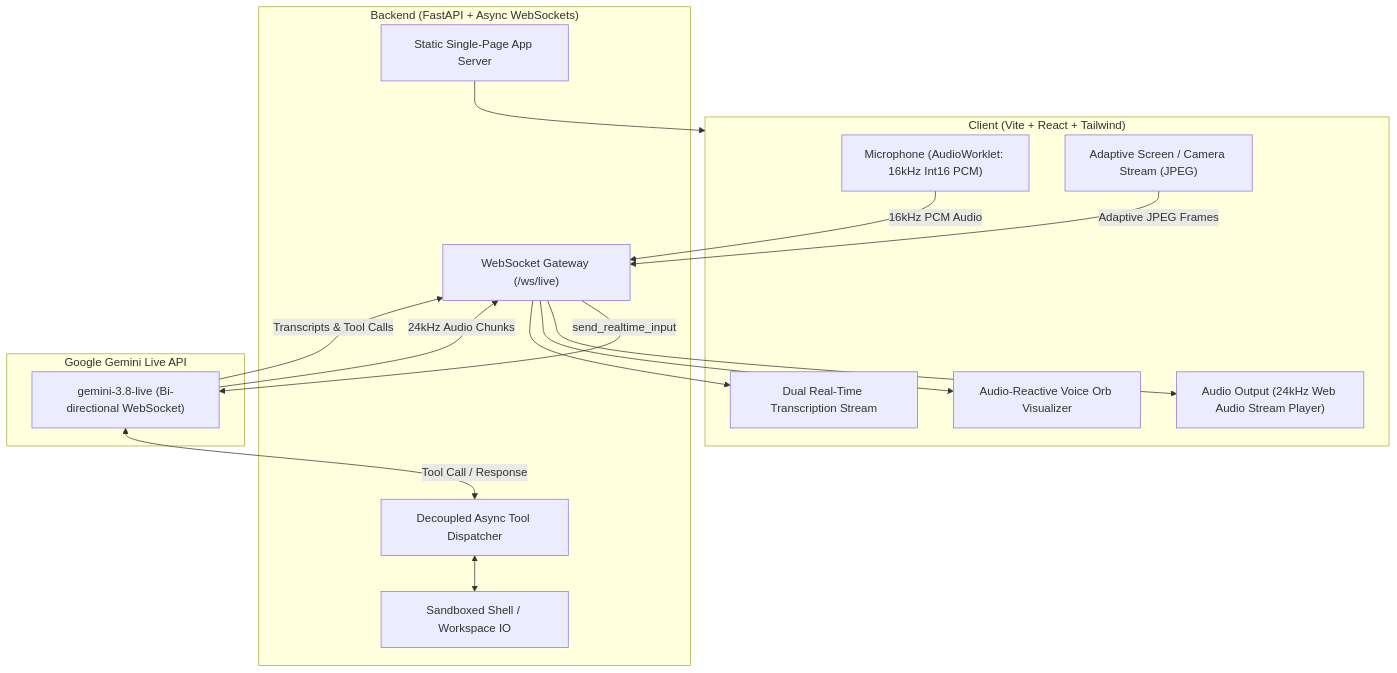
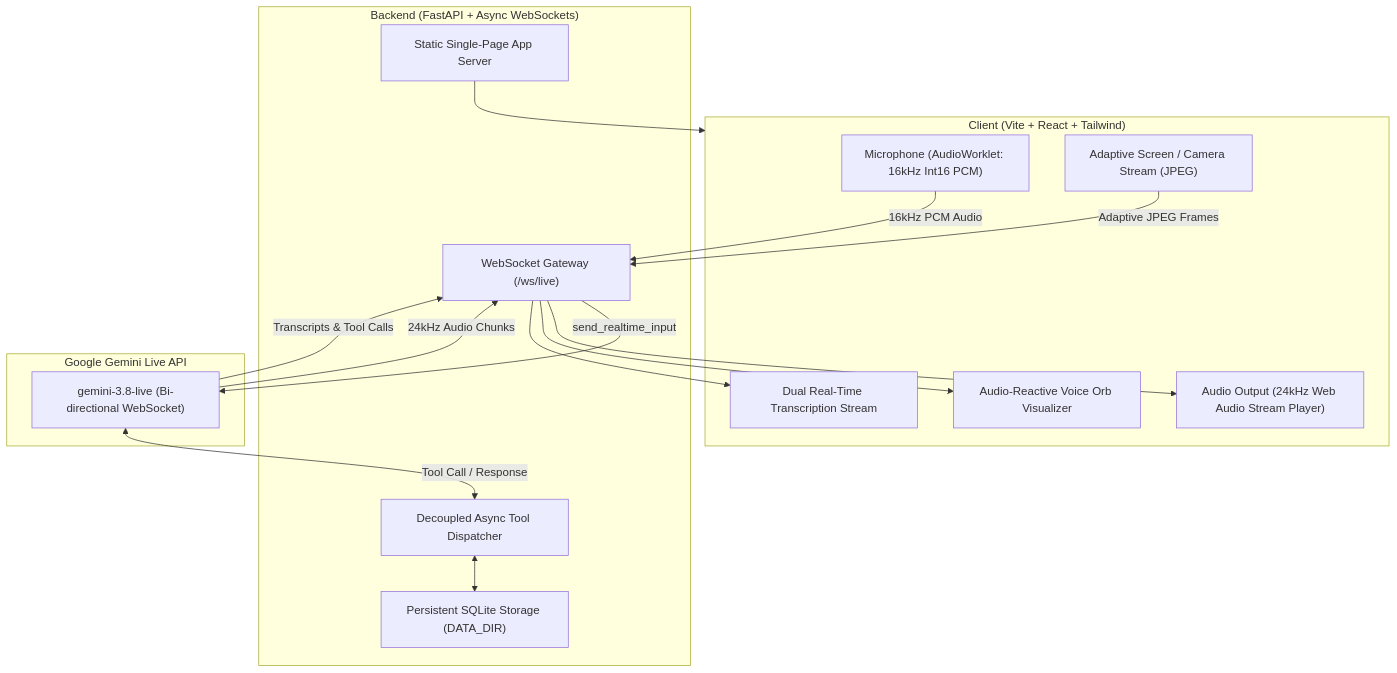
The diagram in README.md (Abhenav-Jain/LivePrep), drawn with Mermaid before and after one commit. The commit also changed other lines of this file and 14 other files, not shown here.

````diff
--- a/README.md
+++ b/README.md
@@ -32,33 +33,33 @@
 ```mermaid
 flowchart TD
     subgraph Client ["Client (Vite + React + Tailwind)"]
         Mic["Microphone (AudioWorklet: 16kHz Int16 PCM)"]
         Screen["Adaptive Screen / Camera Stream (JPEG)"]
         Speaker["Audio Output (24kHz Web Audio Stream Player)"]
         Orb["Audio-Reactive Voice Orb Visualizer"]
         Transcript["Dual Real-Time Transcription Stream"]
     end
 
     subgraph Backend ["Backend (FastAPI + Async WebSockets)"]
         WS_Gateway["WebSocket Gateway (/ws/live)"]
         Tool_Dispatcher["Decoupled Async Tool Dispatcher"]
-        System_IO["Sandboxed Shell / Workspace IO"]
+        Database_IO["Persistent SQLite Storage (DATA_DIR)"]
         Static_Server["Static Single-Page App Server"]
     end
 
     subgraph Gemini ["Google Gemini Live API"]
         Live_Session["gemini-3.8-live (Bi-directional WebSocket)"]
     end
 
     Mic -->|16kHz PCM Audio| WS_Gateway
     Screen -->|Adaptive JPEG Frames| WS_Gateway
     WS_Gateway -->|send_realtime_input| Live_Session
     Live_Session -->|24kHz Audio Chunks| WS_Gateway
     Live_Session -->|Transcripts & Tool Calls| WS_Gateway
     WS_Gateway --> Speaker
     WS_Gateway --> Orb
     WS_Gateway --> Transcript
     Live_Session <-->|Tool Call / Response| Tool_Dispatcher
-    Tool_Dispatcher <--> System_IO
+    Tool_Dispatcher <--> Database_IO
     Static_Server --> Client
 ```
````
